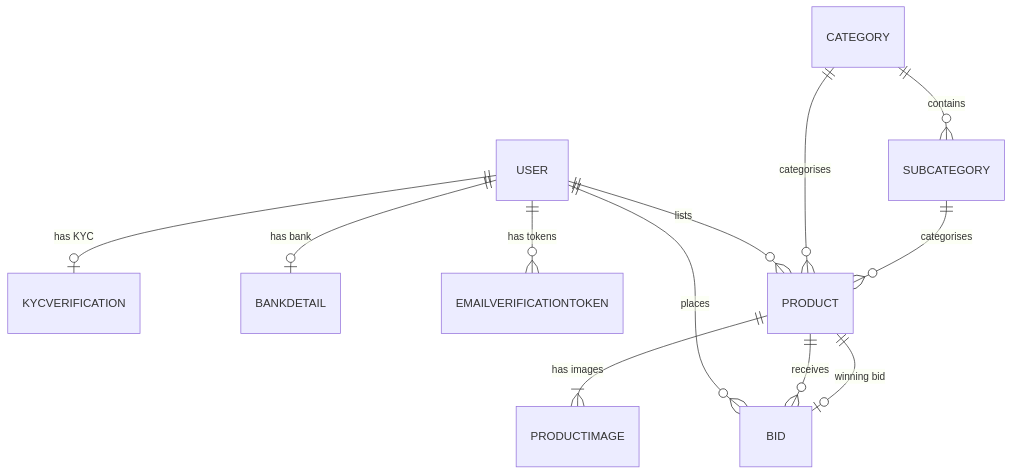
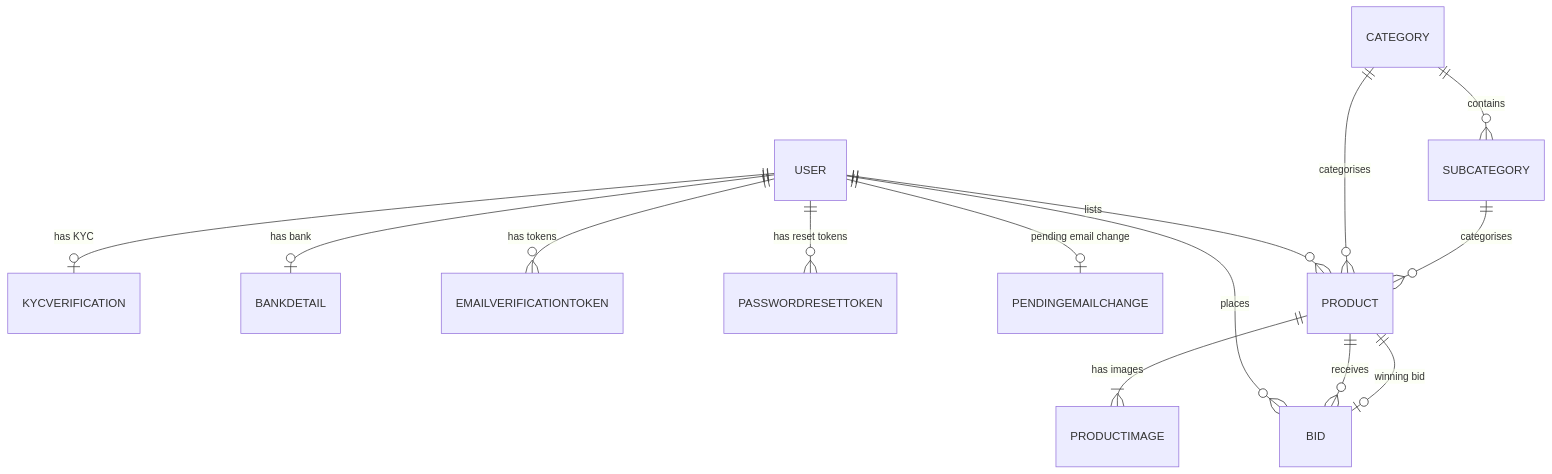
One commit to PRASESH1999/nestjs-bids-bazar-api changed the first of 2 diagrams in docs/database-schema.md. Above: the diagram before and after it, drawn with Mermaid. The commit also changed other lines of this file and 75 other files, not shown here.

````diff
--- a/docs/database-schema.md
+++ b/docs/database-schema.md
@@ -12,14 +12,16 @@
 ```mermaid
 erDiagram
     USER ||--o| KYCVERIFICATION : "has KYC"
     USER ||--o| BANKDETAIL : "has bank"
     USER ||--o{ EMAILVERIFICATIONTOKEN : "has tokens"
+    USER ||--o{ PASSWORDRESETTOKEN : "has reset tokens"
+    USER ||--o| PENDINGEMAILCHANGE : "pending email change"
     USER ||--o{ PRODUCT : "lists"
     CATEGORY ||--o{ SUBCATEGORY : "contains"
     CATEGORY ||--o{ PRODUCT : "categorises"
     SUBCATEGORY ||--o{ PRODUCT : "categorises"
     PRODUCT ||--|{ PRODUCTIMAGE : "has images"
     USER ||--o{ BID : places
     PRODUCT ||--o{ BID : receives
     PRODUCT ||--o| BID : "winning bid"
 ```
````
